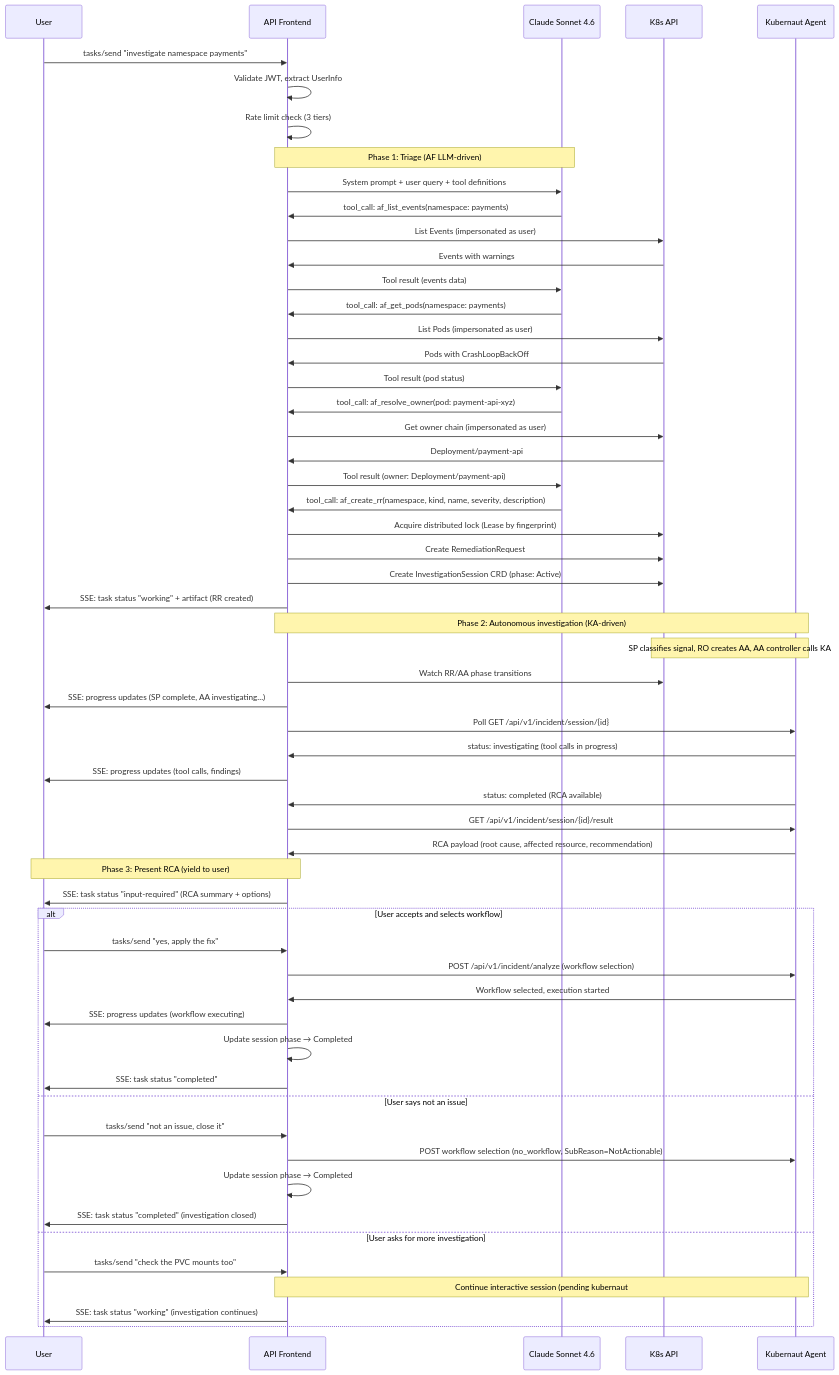
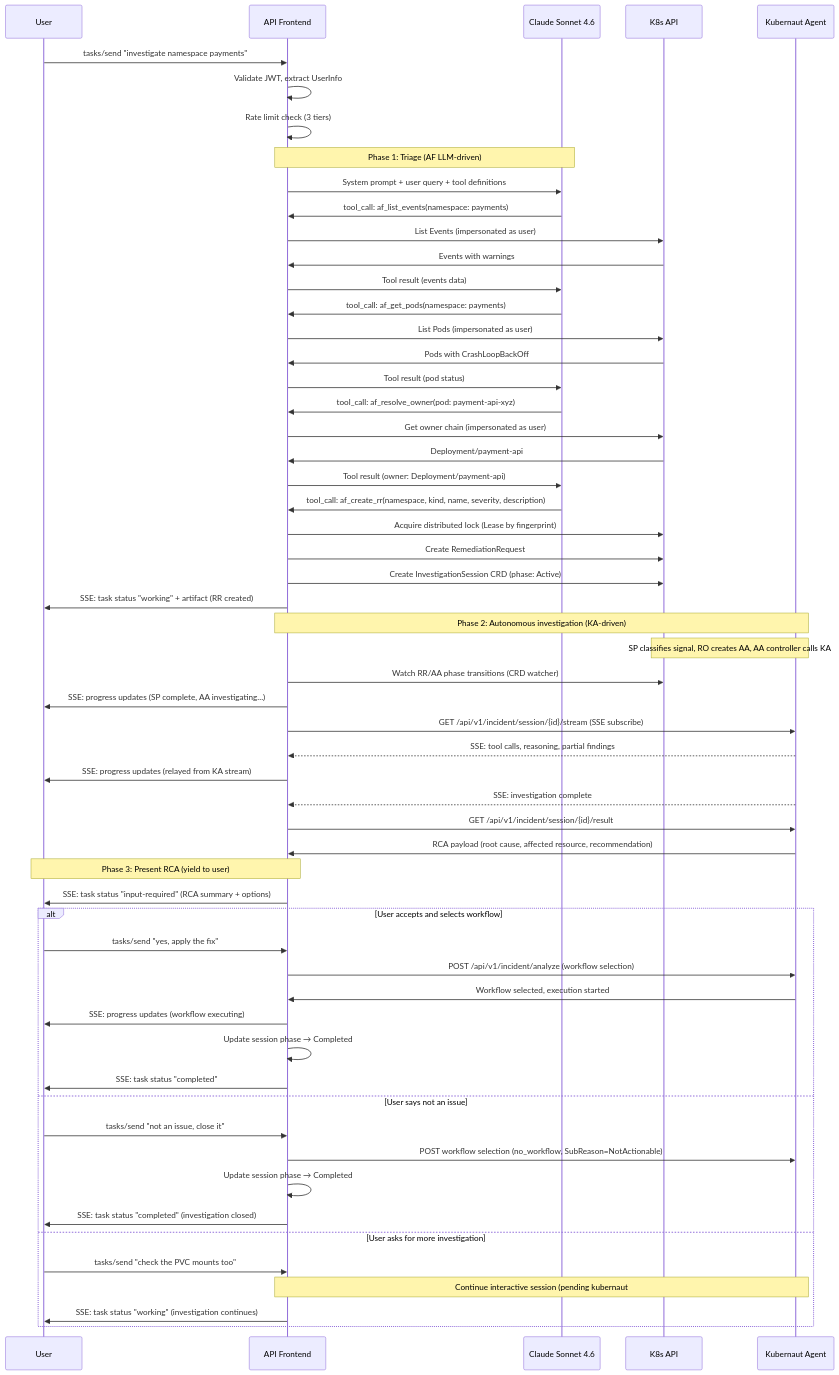
One commit to jordigilh/kubernaut changed the third of 7 diagrams in docs/design/ARCHITECTURE.md. Above: the diagram before and after it, drawn with Mermaid. The commit also changed other lines of this file, not shown here.

First line of the commit message:
docs: correct KA REST API contract against development/v1.5

````diff
--- a/docs/design/ARCHITECTURE.md
+++ b/docs/design/ARCHITECTURE.md
@@ -237,64 +238,64 @@
 ```mermaid
 sequenceDiagram
     participant User
     participant AF as API Frontend
     participant LLM as Claude Sonnet 4.6
     participant K8s as K8s API
     participant KA as Kubernaut Agent
 
     User->>AF: tasks/send "investigate namespace payments"
     AF->>AF: Validate JWT, extract UserInfo
     AF->>AF: Rate limit check (3 tiers)
 
     Note over AF,LLM: Phase 1: Triage (AF LLM-driven)
     AF->>LLM: System prompt + user query + tool definitions
     LLM->>AF: tool_call: af_list_events(namespace: payments)
     AF->>K8s: List Events (impersonated as user)
     K8s->>AF: Events with warnings
     AF->>LLM: Tool result (events data)
     LLM->>AF: tool_call: af_get_pods(namespace: payments)
     AF->>K8s: List Pods (impersonated as user)
     K8s->>AF: Pods with CrashLoopBackOff
     AF->>LLM: Tool result (pod status)
     LLM->>AF: tool_call: af_resolve_owner(pod: payment-api-xyz)
     AF->>K8s: Get owner chain (impersonated as user)
     K8s->>AF: Deployment/payment-api
     AF->>LLM: Tool result (owner: Deployment/payment-api)
     LLM->>AF: tool_call: af_create_rr(namespace, kind, name, severity, description)
     AF->>K8s: Acquire distributed lock (Lease by fingerprint)
     AF->>K8s: Create RemediationRequest
     AF->>K8s: Create InvestigationSession CRD (phase: Active)
     AF->>User: SSE: task status "working" + artifact (RR created)
 
     Note over AF,KA: Phase 2: Autonomous investigation (KA-driven)
     Note over K8s,KA: SP classifies signal, RO creates AA, AA controller calls KA
-    AF->>K8s: Watch RR/AA phase transitions
+    AF->>K8s: Watch RR/AA phase transitions (CRD watcher)
     AF->>User: SSE: progress updates (SP complete, AA investigating...)
-    AF->>KA: Poll GET /api/v1/incident/session/{id}
-    KA->>AF: status: investigating (tool calls in progress)
-    AF->>User: SSE: progress updates (tool calls, findings)
-    KA->>AF: status: completed (RCA available)
+    AF->>KA: GET /api/v1/incident/session/{id}/stream (SSE subscribe)
+    KA-->>AF: SSE: tool calls, reasoning, partial findings
+    AF->>User: SSE: progress updates (relayed from KA stream)
+    KA-->>AF: SSE: investigation complete
     AF->>KA: GET /api/v1/incident/session/{id}/result
     KA->>AF: RCA payload (root cause, affected resource, recommendation)
 
     Note over AF,User: Phase 3: Present RCA (yield to user)
     AF->>User: SSE: task status "input-required" (RCA summary + options)
 
     alt User accepts and selects workflow
         User->>AF: tasks/send "yes, apply the fix"
         AF->>KA: POST /api/v1/incident/analyze (workflow selection)
         KA->>AF: Workflow selected, execution started
         AF->>User: SSE: progress updates (workflow executing)
         AF->>AF: Update session phase → Completed
         AF->>User: SSE: task status "completed"
     else User says not an issue
         User->>AF: tasks/send "not an issue, close it"
         AF->>KA: POST workflow selection (no_workflow, SubReason=NotActionable)
         AF->>AF: Update session phase → Completed
         AF->>User: SSE: task status "completed" (investigation closed)
     else User asks for more investigation
         User->>AF: tasks/send "check the PVC mounts too"
         Note over AF,KA: Continue interactive session (pending kubernaut#874)
         AF->>User: SSE: task status "working" (investigation continues)
     end
 ```
````
